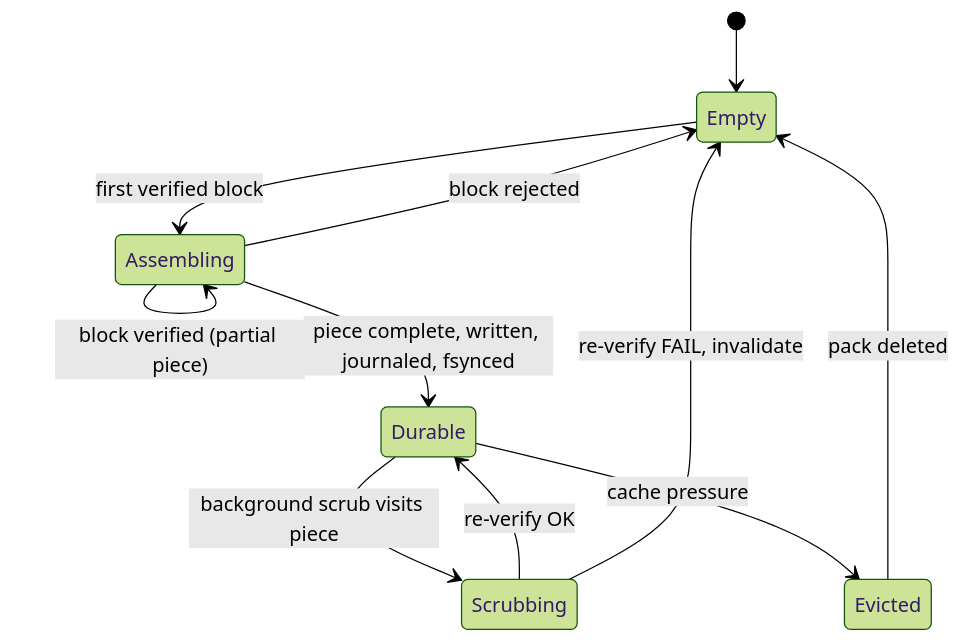
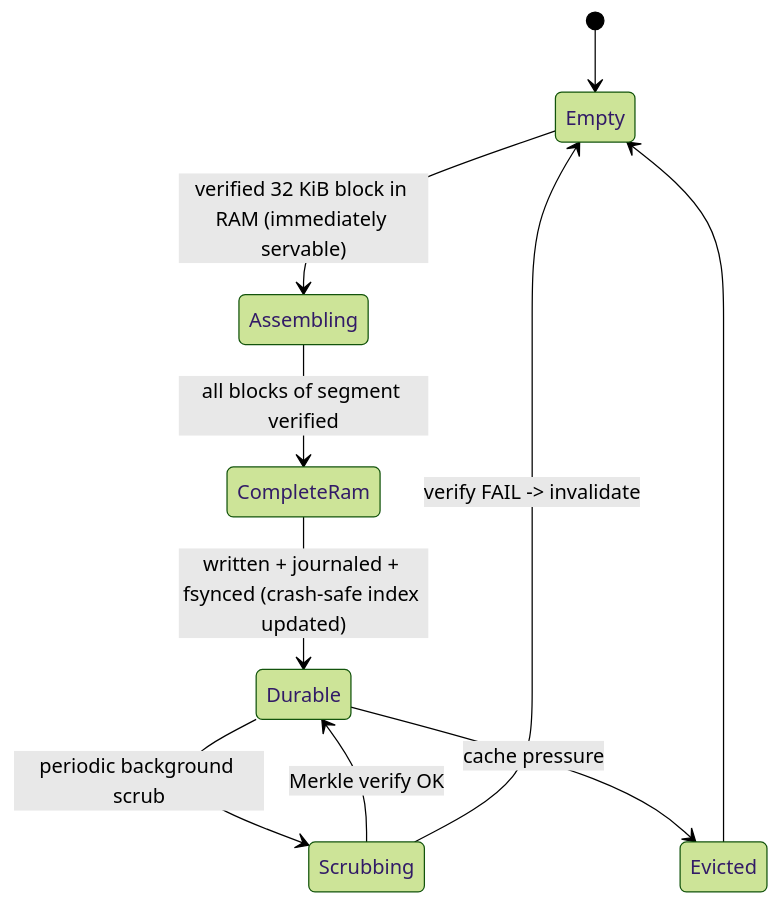
One commit to sophic00/peerwatch changed the fifth of 6 diagrams in docs/design/architecture.md. Above: the diagram before and after it, drawn with Mermaid (forest theme). The commit also changed other lines of this file and 62 other files, not shown here.

````diff
--- a/docs/design/architecture.md
+++ b/docs/design/architecture.md
@@ -342,13 +177,12 @@
 ```mermaid
 stateDiagram-v2
     [*] --> Empty
-    Empty --> Assembling: first verified block
-    Assembling --> Assembling: block verified (partial piece)
-    Assembling --> Durable: piece complete, written, journaled, fsynced
-    Assembling --> Empty: block rejected
-    Durable --> Scrubbing: background scrub visits piece
-    Scrubbing --> Durable: re-verify OK
-    Scrubbing --> Empty: re-verify FAIL, invalidate
+    Empty --> Assembling: verified 32 KiB block in RAM (immediately servable)
+    Assembling --> CompleteRam: all blocks of segment verified
+    CompleteRam --> Durable: written + journaled + fsynced (crash-safe index updated)
+    Durable --> Scrubbing: periodic background scrub
+    Scrubbing --> Durable: Merkle verify OK
+    Scrubbing --> Empty: verify FAIL -> invalidate
     Durable --> Evicted: cache pressure
-    Evicted --> Empty: pack deleted
+    Evicted --> Empty
 ```
````
